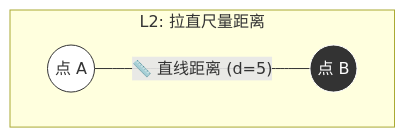
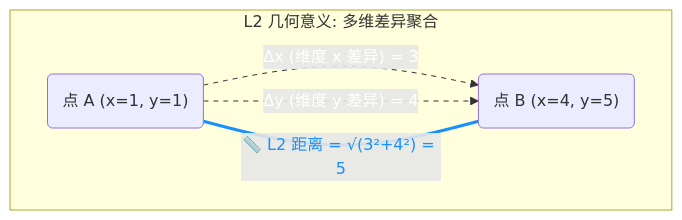
One commit to ThreeFish-AI/agentic-ai-cognizes changed diagram 21 of 37 in docs/research/003-vector-search-algorithm.md. Above: the diagram before and after it, drawn with Mermaid. The commit also changed other lines of this file, not shown here.

````diff
--- a/docs/research/003-vector-search-algorithm.md
+++ b/docs/research/003-vector-search-algorithm.md
@@ -1571,9 +1573,16 @@
 ```mermaid
 graph LR
-    subgraph "L2: 拉直尺量距离"
+    subgraph "L2 几何意义: 多维差异聚合"
         direction LR
-        A((点 A)) --- |"📏 直线距离 (d=5)"| B((点 B))
-        style A fill:#fff,stroke:#333
-        style B fill:#333,stroke:#fff,color:#fff
+        A("点 A (x=1, y=1)")
+        B("点 B (x=4, y=5)")
+
+        A -- "Δx (维度 x 差异) = 3" --> B
+        A -- "Δy (维度 y 差异) = 4" --> B
+        A -- "📏 L2 距离 = √(3²+4²) = 5" --- B
+
+        linkStyle 0 stroke-dasharray: 5 5,color:#fff
+        linkStyle 1 stroke-dasharray: 5 5,color:#fff
+        linkStyle 2 stroke-width:3px,stroke:#1890ff,color:#1890ff
     end
 ```
````
